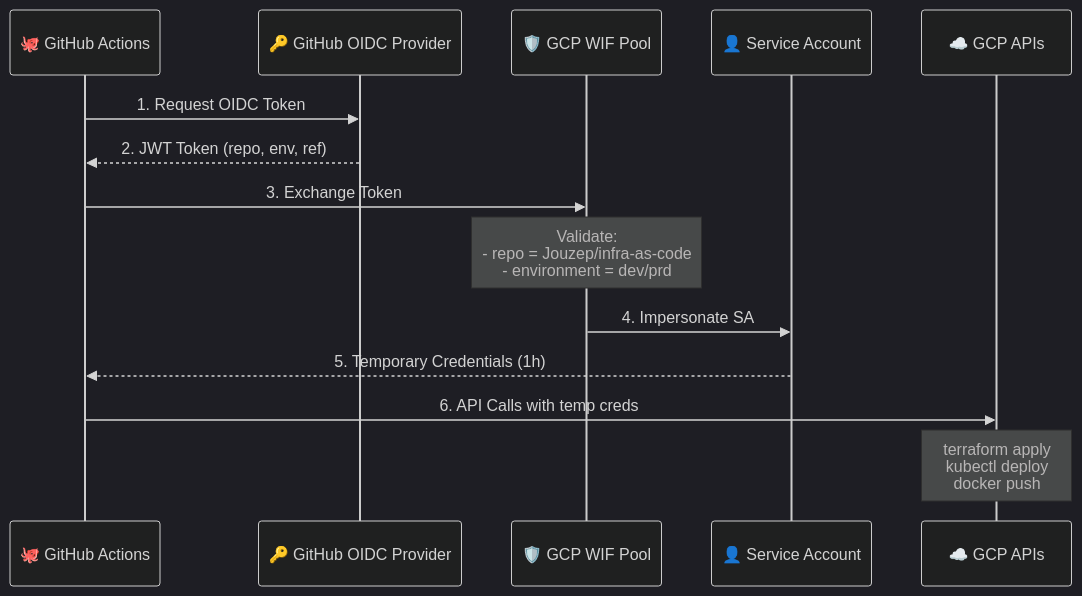
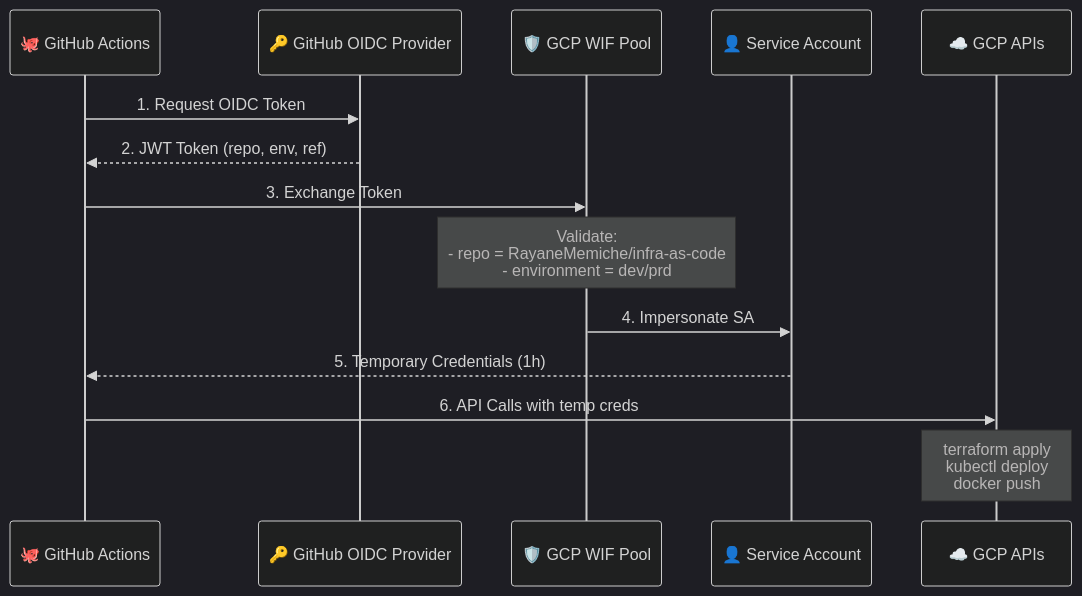
The fourth of 5 diagrams in C4/docs/ARCHITECTURE_DIAGRAM.md (RayaneMemiche/infra-as-code), drawn with Mermaid (dark theme) before and after one commit. The commit also changed 35 other files, not shown here.

````diff
--- a/C4/docs/ARCHITECTURE_DIAGRAM.md
+++ b/C4/docs/ARCHITECTURE_DIAGRAM.md
@@ -194,17 +194,17 @@
 ```mermaid
 sequenceDiagram
     participant GH as 🐙 GitHub Actions
     participant OIDC as 🔑 GitHub OIDC Provider
     participant WIF as 🛡️ GCP WIF Pool
     participant SA as 👤 Service Account
     participant GCP as ☁️ GCP APIs
 
     GH->>OIDC: 1. Request OIDC Token
     OIDC-->>GH: 2. JWT Token (repo, env, ref)
     GH->>WIF: 3. Exchange Token
-    Note over WIF: Validate:<br/>- repo = Jouzep/infra-as-code<br/>- environment = dev/prd
+    Note over WIF: Validate:<br/>- repo = RayaneMemiche/infra-as-code<br/>- environment = dev/prd
     WIF->>SA: 4. Impersonate SA
     SA-->>GH: 5. Temporary Credentials (1h)
     GH->>GCP: 6. API Calls with temp creds
     Note over GCP: terraform apply<br/>kubectl deploy<br/>docker push
 ```
````
